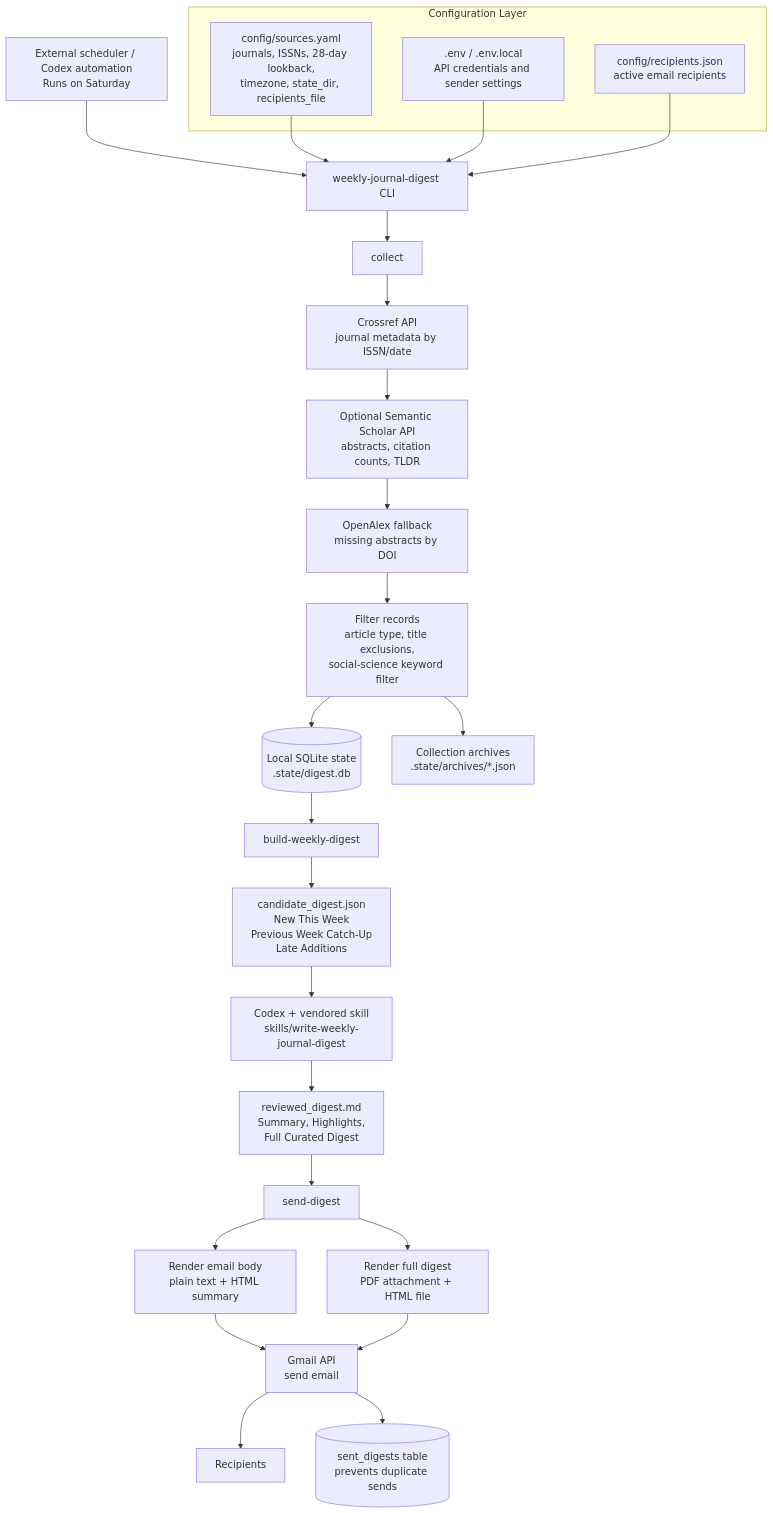
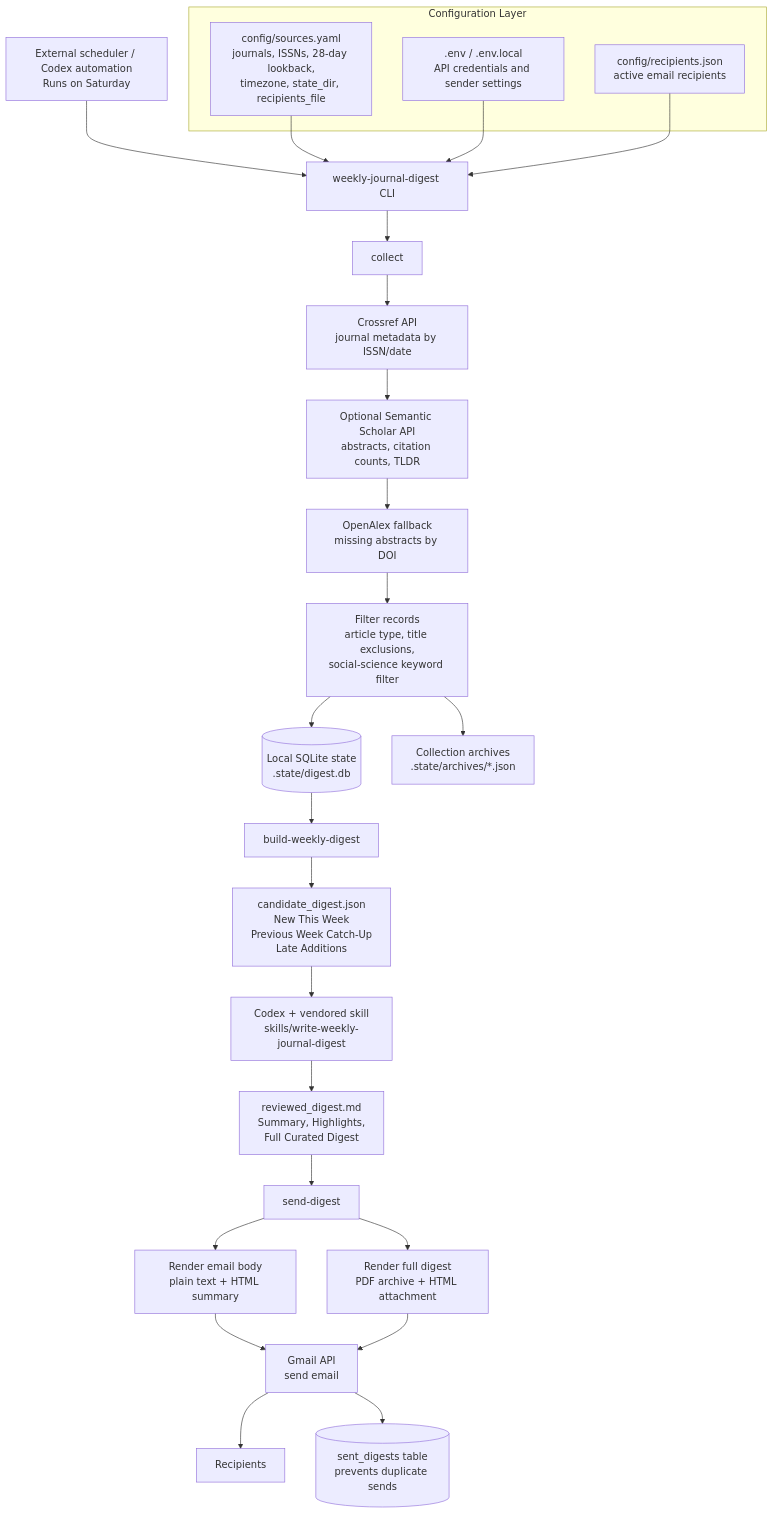
Before and after one commit to ottoxin/weekly-journal-digest: the diagram in README.md, drawn with Mermaid. The commit also changed other lines of this file and 9 other files, not shown here.

````diff
--- a/README.md
+++ b/README.md
@@ -19,36 +19,36 @@
 ```mermaid
 flowchart TD
     A[External scheduler / Codex automation<br/>Runs on Saturday] --> B[weekly-journal-digest CLI]
 
     subgraph CONFIG[Configuration Layer]
         C1[config/sources.yaml<br/>journals, ISSNs, 28-day lookback,<br/>timezone, state_dir, recipients_file]
         C2[.env / .env.local<br/>API credentials and sender settings]
         C3[config/recipients.json<br/>active email recipients]
     end
 
     C1 --> B
     C2 --> B
     C3 --> B
 
     B --> D1[collect]
     D1 --> E1[Crossref API<br/>journal metadata by ISSN/date]
     E1 --> E2[Optional Semantic Scholar API<br/>abstracts, citation counts, TLDR]
     E2 --> E3[OpenAlex fallback<br/>missing abstracts by DOI]
     E3 --> F[Filter records<br/>article type, title exclusions,<br/>social-science keyword filter]
     F --> G[(Local SQLite state<br/>.state/digest.db)]
     F --> H[Collection archives<br/>.state/archives/*.json]
 
     G --> D2[build-weekly-digest]
     D2 --> I[candidate_digest.json<br/>New This Week<br/>Previous Week Catch-Up<br/>Late Additions]
 
     I --> J[Codex + vendored skill<br/>skills/write-weekly-journal-digest]
     J --> K[reviewed_digest.md<br/>Summary, Highlights,<br/>Full Curated Digest]
 
     K --> D3[send-digest]
     D3 --> L[Render email body<br/>plain text + HTML summary]
-    D3 --> M[Render full digest<br/>PDF attachment + HTML file]
+    D3 --> M[Render full digest<br/>PDF archive + HTML attachment]
     L --> N[Gmail API<br/>send email]
     M --> N
     N --> O[Recipients]
     N --> P[(sent_digests table<br/>prevents duplicate sends)]
 ```
````
